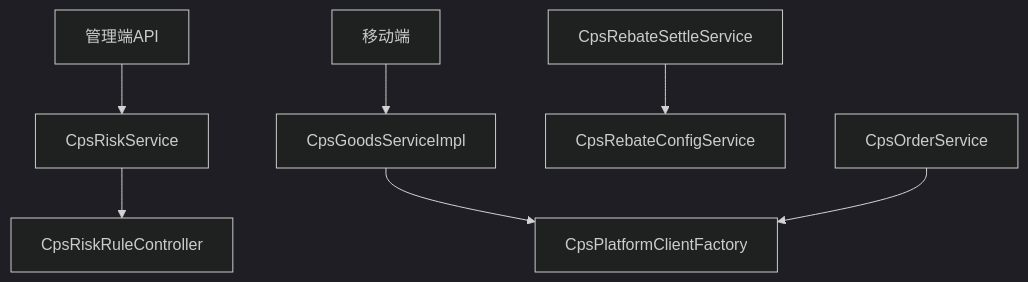
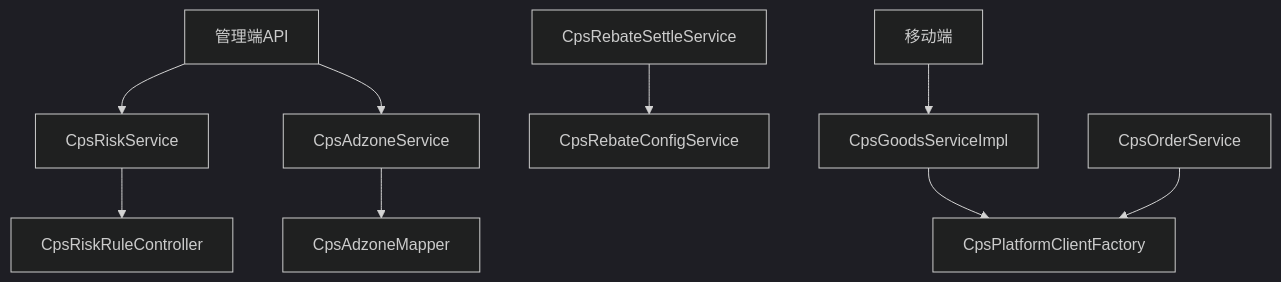
Diagram 12 of 12 in .qoder/repowiki/zh/content/后端系统/CPS联盟返利系统/CPS联盟返利系统.md (zhuangpengLI/AgenticCPS), drawn with Mermaid (dark theme) before and after one commit. The commit also changed other lines of this file and 5 other files, not shown here.

````diff
--- a/.qoder/repowiki/zh/content/后端系统/CPS联盟返利系统/CPS联盟返利系统.md
+++ b/.qoder/repowiki/zh/content/后端系统/CPS联盟返利系统/CPS联盟返利系统.md
@@ -412,9 +604,11 @@
 ```mermaid
 graph TB
 GoodsSvc["CpsGoodsServiceImpl"] --> Factory["CpsPlatformClientFactory"]
 OrderSvc["CpsOrderService"] --> Factory
 RebateSvc["CpsRebateSettleService"] --> ConfigSvc["CpsRebateConfigService"]
 RiskSvc["CpsRiskService"] --> RuleCtrl["CpsRiskRuleController"]
+AdzoneSvc["CpsAdzoneService"] --> AdzoneMapper["CpsAdzoneMapper"]
 FrontAdmin["管理端API"] --> RiskSvc
+FrontAdmin --> AdzoneSvc
 FrontMobile["移动端"] --> GoodsSvc
 ```
````
